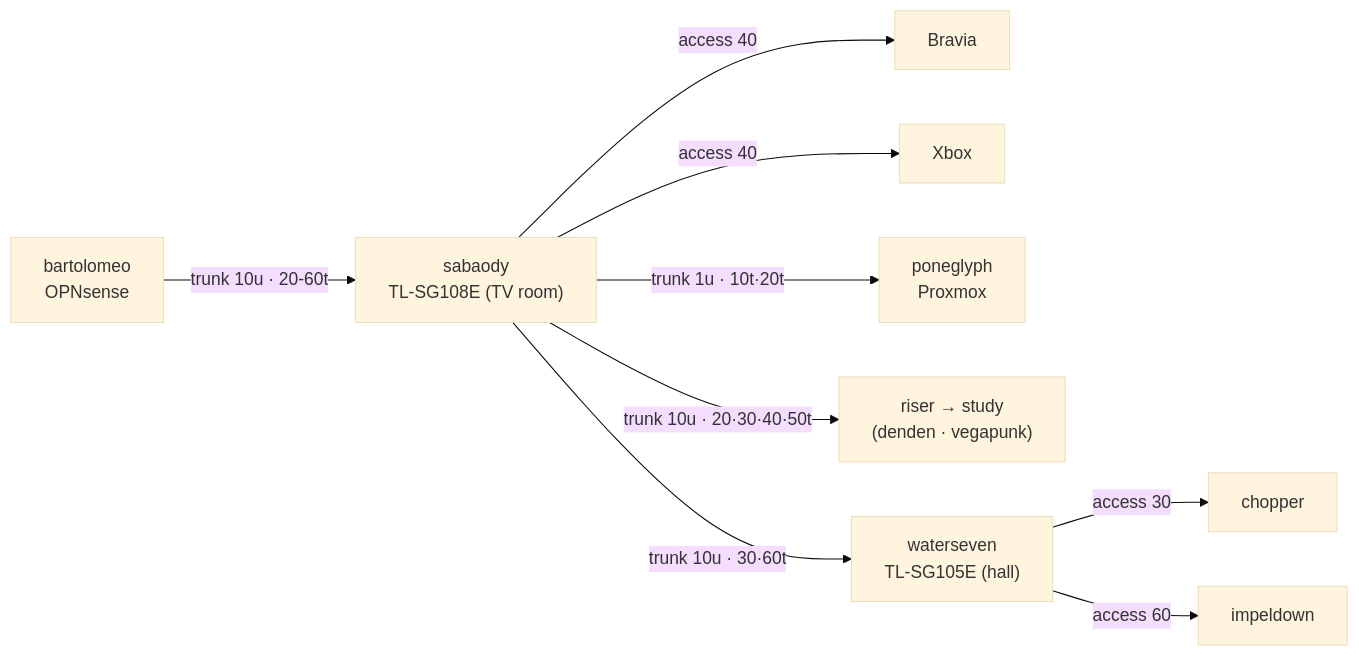
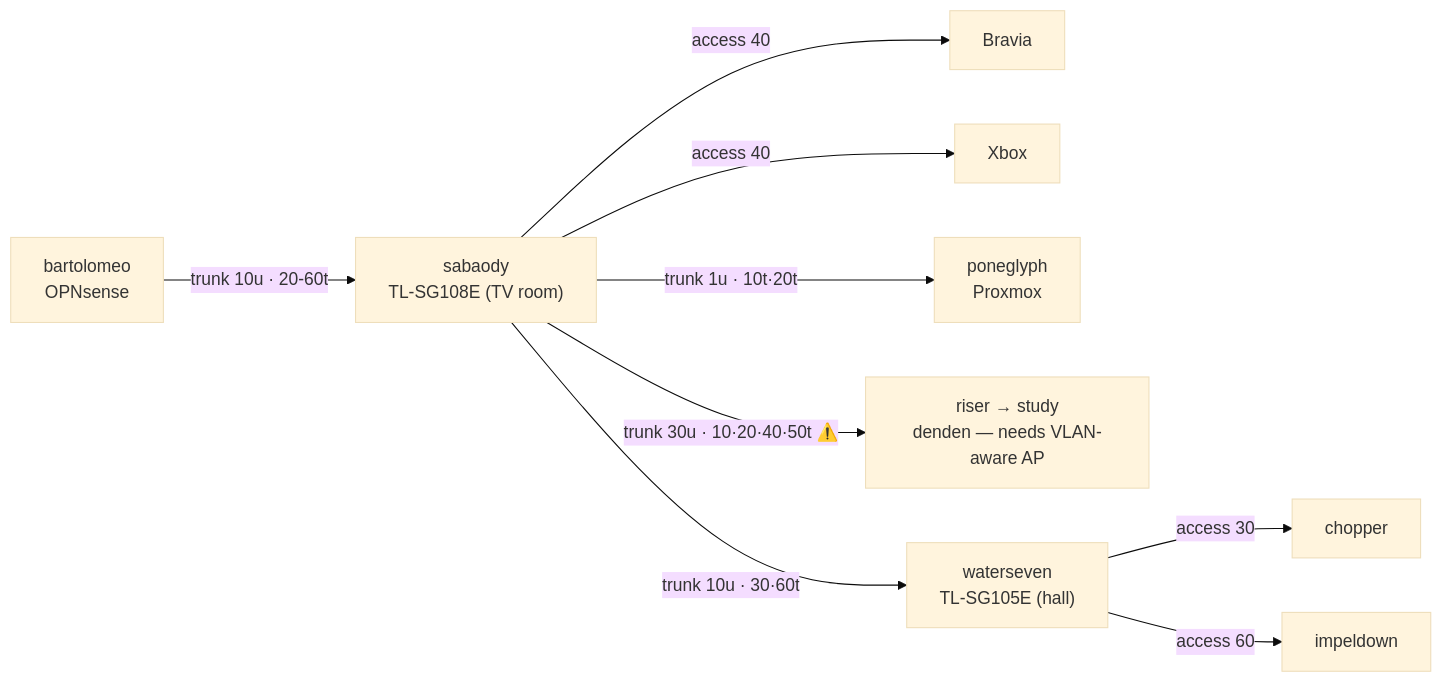
The diagram in docs/runbooks/05-switch-vlan-config.md (reroute-retake/thousand-sunny), drawn with Mermaid (base theme) before and after one commit. The commit also changed other lines of this file and 4 other files, not shown here.

Commit message:
v1.5.1 - fix denden AP trunk trap: study riser native VLAN 10->30, document stock-AP gotcha + OpenWrt/switch/access options

````diff
--- a/docs/runbooks/05-switch-vlan-config.md
+++ b/docs/runbooks/05-switch-vlan-config.md
@@ -7,11 +7,11 @@
 ```mermaid
 flowchart LR
     BART["bartolomeo<br/>OPNsense"] -->|"trunk 10u · 20-60t"| SAB["sabaody<br/>TL-SG108E (TV room)"]
     SAB -->|"access 40"| TV["Bravia"]
     SAB -->|"access 40"| XB["Xbox"]
     SAB -->|"trunk 1u · 10t·20t"| PONE["poneglyph<br/>Proxmox"]
-    SAB -->|"trunk 10u · 20·30·40·50t"| STUDY["riser → study<br/>(denden · vegapunk)"]
+    SAB -->|"trunk 30u · 10·20·40·50t ⚠️"| STUDY["riser → study<br/>denden — needs VLAN-aware AP"]
     SAB -->|"trunk 10u · 30·60t"| WS["waterseven<br/>TL-SG105E (hall)"]
     WS -->|"access 30"| CHOP["chopper"]
     WS -->|"access 60"| IMP["impeldown"]
 ```
````
